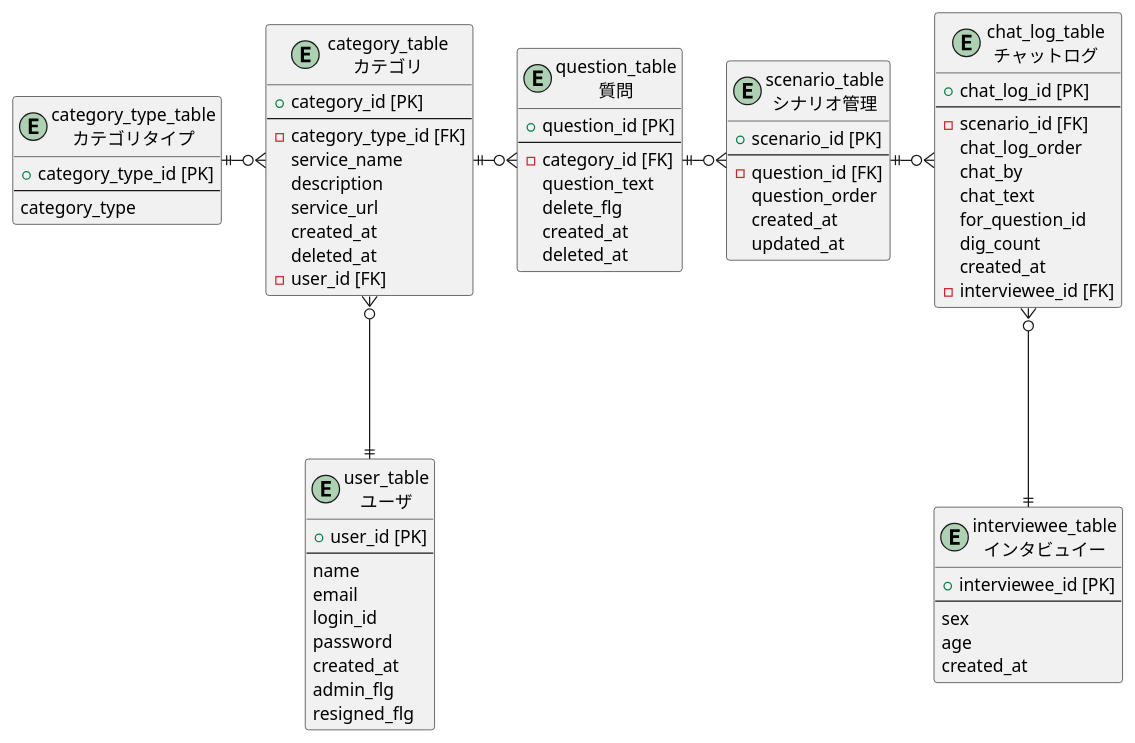
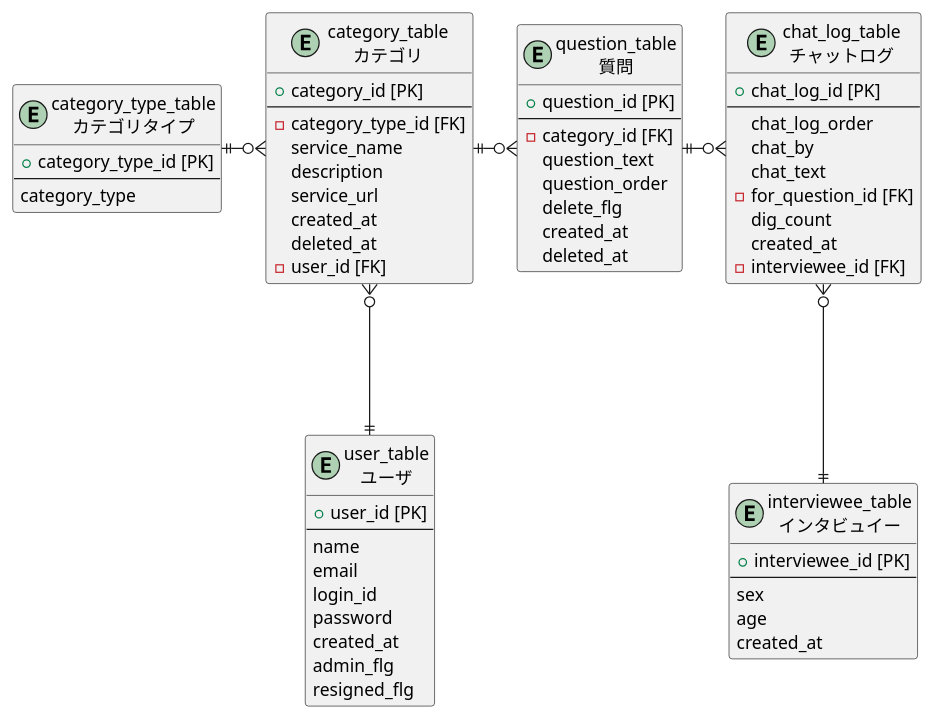
One commit to SuperMisoSoup/interviewtool_v1 changed the diagram in md/interviewtool_DB.pu. Above: the diagram before and after it, drawn with PlantUML. The commit also changed 18 other files, not shown here.

```diff
--- a/md/interviewtool_DB.pu
+++ b/md/interviewtool_DB.pu
@@ -1,80 +1,81 @@
 @startuml tables
 entity user_table as "user_table\nユーザ" {
   + user_id [PK]
   --
   name
   email
   login_id
   password
   created_at
   admin_flg
   resigned_flg
 }
 
 entity interviewee_table as "interviewee_table\nインタビュイー" {
   + interviewee_id [PK]
   --
   sex
   age
   created_at
 }
 
 entity category_table as "category_table\nカテゴリ" {
   + category_id [PK]
   --
   - category_type_id [FK]
   service_name
   description
   service_url
   created_at
   deleted_at
   - user_id [FK]
 }
 
 entity category_type_table as "category_type_table\nカテゴリタイプ" {
   + category_type_id [PK]
   --
   category_type
 }
 
 entity question_table as "question_table\n質問" {
   + question_id [PK]
   --
   - category_id [FK]
   question_text
+  question_order
   delete_flg
   created_at
   deleted_at
 }
 
-entity scenario_table as "scenario_table\nシナリオ管理" {
-  + scenario_id [PK]
-  --
-  ' - category_id [FK]
-  - question_id [FK]
-  question_order
-  created_at
-  updated_at
-}
+
+' entity scenario_table as "scenario_table\nシナリオ管理" {
+'   + scenario_id [PK]
+'   --
+'   ' - category_id [FK]
+'   distributed_url
+'   created_at
+'   updated_at
+' }
 
 entity chat_log_table as "chat_log_table\nチャットログ" {
   + chat_log_id [PK]
   --
-  - scenario_id [FK]
+  ' - scenario_id [FK]
   chat_log_order
   chat_by
   chat_text
-  for_question_id
+  - for_question_id [FK]
   dig_count
   created_at
   - interviewee_id [FK]
 }
 
 user_table ||-u--o{ category_table
 category_type_table ||-r--o{ category_table
-question_table ||-o{ scenario_table
+' scenario_table ||-l--o{ question_table
 category_table ||-r--o{ question_table
 interviewee_table ||-u--o{ chat_log_table
-scenario_table ||-r--o{ chat_log_table
+question_table ||-r--o{ chat_log_table
 
 @enduml
```
